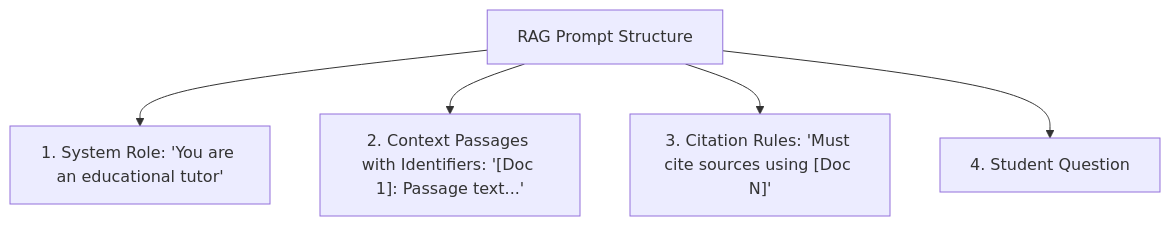
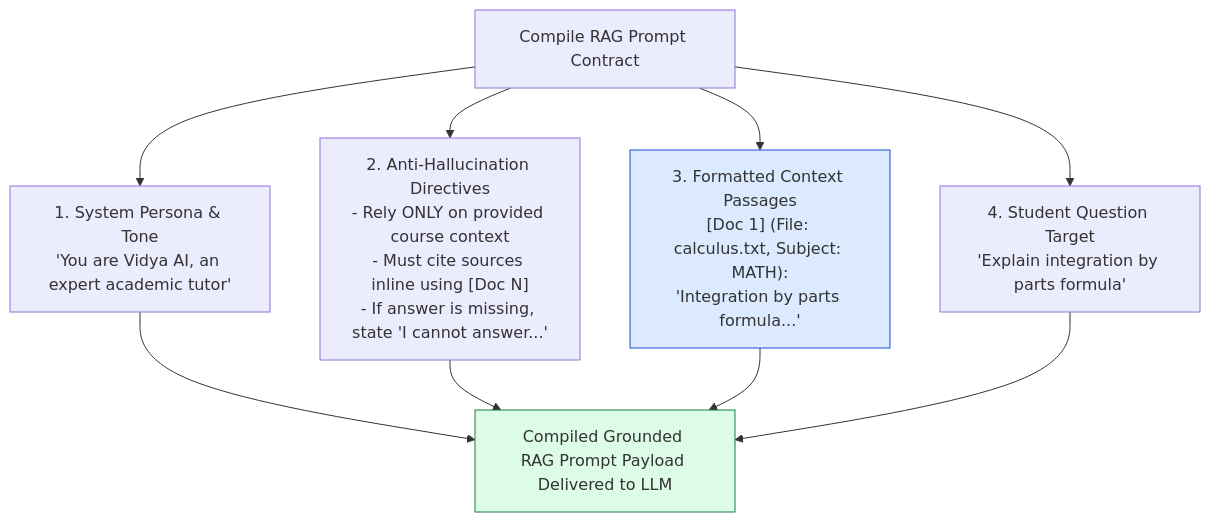
One commit to Amie-dev/engineering-playbook changed the first of 3 diagrams in agentic-ai-notes/03-vidya-rag/08-rag-prompt-builder.md. Above: the diagram before and after it, drawn with Mermaid. The commit also changed other lines of this file and 14 other files, not shown here.

````diff
--- a/agentic-ai-notes/03-vidya-rag/08-rag-prompt-builder.md
+++ b/agentic-ai-notes/03-vidya-rag/08-rag-prompt-builder.md
@@ -10,7 +13,18 @@
 ```mermaid
-graph TD
-    RAGPrompt[RAG Prompt Structure] --> SystemRole["1. System Role: 'You are an educational tutor'"]
-    RAGPrompt --> Context["2. Context Passages with Identifiers: '[Doc 1]: Passage text...'"]
-    RAGPrompt --> CitationRules["3. Citation Rules: 'Must cite sources using [Doc N]'"]
-    RAGPrompt --> Question["4. Student Question"]
+flowchart TD
+    PromptReq[Compile RAG Prompt Contract] --> SystemRole["1. System Persona & Tone<br/>'You are Vidya AI, an expert academic tutor'"]
+
+    PromptReq --> StrictRules["2. Anti-Hallucination Directives<br/>- Rely ONLY on provided course context<br/>- Must cite sources inline using [Doc N]<br/>- If answer is missing, state 'I cannot answer...'"]
+
+    PromptReq --> ContextBlock["3. Formatted Context Passages<br/>[Doc 1] (File: calculus.txt, Subject: MATH):<br/>'Integration by parts formula...'"]
+
+    PromptReq --> StudentQuestion["4. Student Question Target<br/>'Explain integration by parts formula'"]
+
+    SystemRole --> FinalPromptPayload[Compiled Grounded RAG Prompt Payload Delivered to LLM]
+    StrictRules --> FinalPromptPayload
+    ContextBlock --> FinalPromptPayload
+    StudentQuestion --> FinalPromptPayload
+
+    style ContextBlock fill:#dbeafe,stroke:#1d4ed8
+    style FinalPromptPayload fill:#dcfce7,stroke:#15803d
 ```
````
